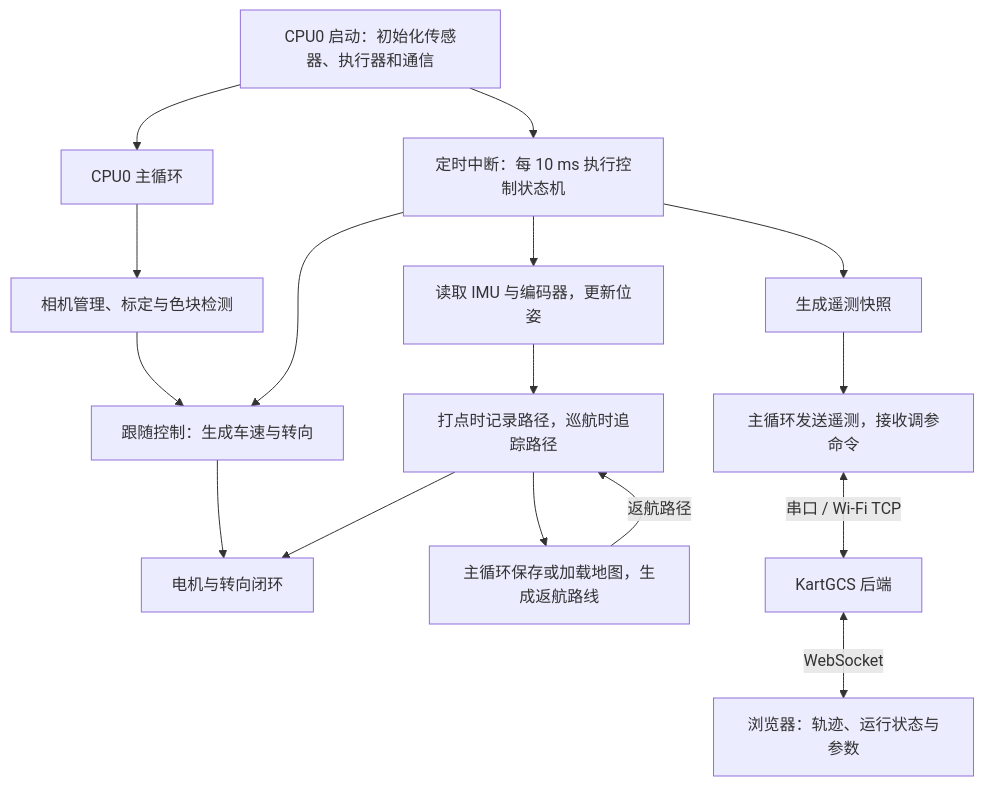
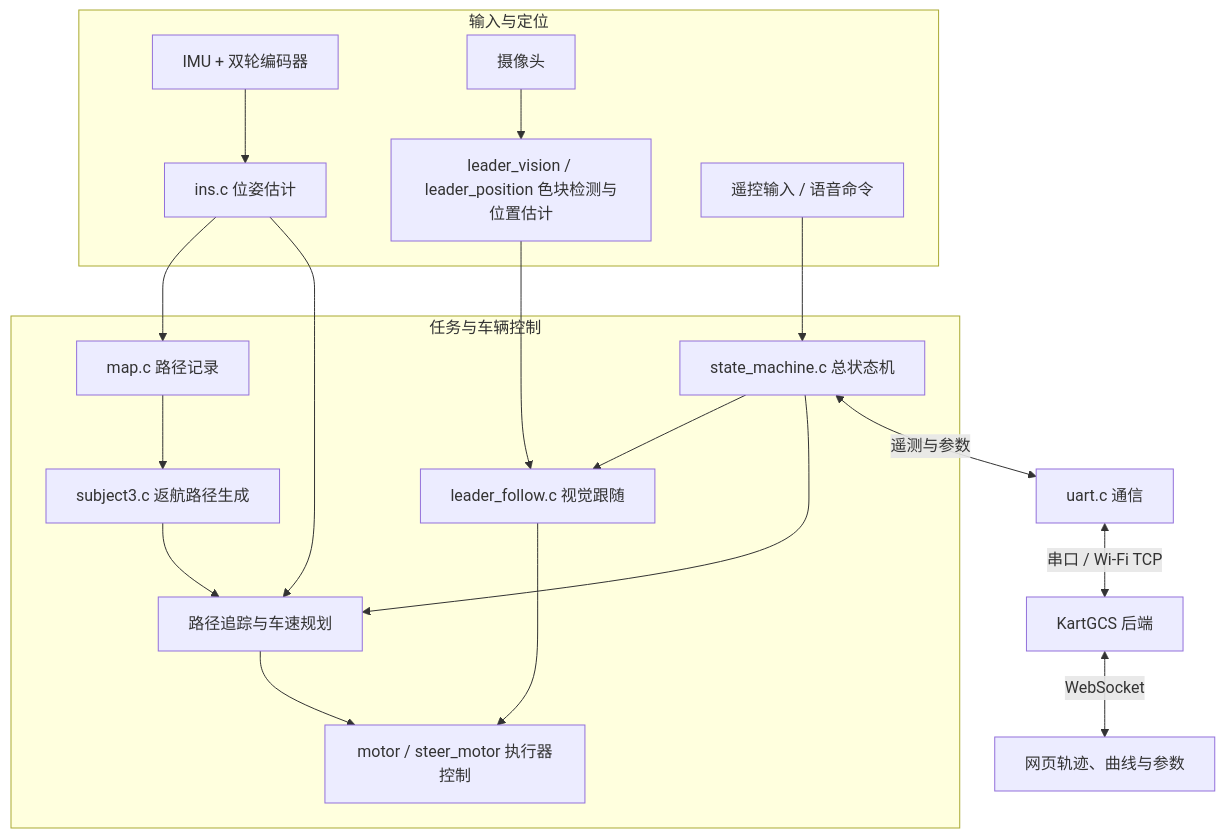
Before and after one commit to Tansir11/engineering-portfolio: the first of 2 diagrams in projects/01-kart-racing.md, drawn with Mermaid. The commit also changed other lines of this file and 14 other files, not shown here.

Commit message:
Present competition videos and national-round photos with clearer project architecture

````diff
--- a/projects/01-kart-racing.md
+++ b/projects/01-kart-racing.md
@@ -72,18 +41,29 @@
 ```mermaid
 flowchart TD
-  A["CPU0 启动：初始化传感器、执行器和通信"] --> B["定时中断：每 10 ms 执行控制状态机"]
-  A --> C["CPU0 主循环"]
-  C --> D["相机管理、标定与色块检测"]
-  D --> E["跟随控制：生成车速与转向"]
-  B --> E
-  B --> F["读取 IMU 与编码器，更新位姿"]
-  F --> G["打点时记录路径，巡航时追踪路径"]
-  E --> H["电机与转向闭环"]
-  G --> H
-  G --> I["主循环保存或加载地图，生成返航路线"]
-  I -->|"返航路径"| G
-  B --> J["生成遥测快照"]
-  J --> K["主循环发送遥测，接收调参命令"]
-  K <-->|"串口 / Wi-Fi TCP"| L["KartGCS 后端"]
-  L <-->|"WebSocket"| M["浏览器：轨迹、运行状态与参数"]
+    subgraph INPUT["输入与定位"]
+        I["IMU + 双轮编码器"] --> P["ins.c 位姿估计"]
+        CAM["摄像头"] --> V["leader_vision / leader_position 色块检测与位置估计"]
+        RC["遥控输入 / 语音命令"]
+    end
+    subgraph CONTROL["任务与车辆控制"]
+        SM["state_machine.c 总状态机"]
+        MAP["map.c 路径记录"]
+        FOLLOW["leader_follow.c 视觉跟随"]
+        RETURN["subject3.c 返航路径生成"]
+        TRACK["路径追踪与车速规划"]
+        EXEC["motor / steer_motor 执行器控制"]
+    end
+    P --> MAP
+    P --> TRACK
+    V --> FOLLOW
+    RC --> SM
+    SM --> FOLLOW
+    SM --> TRACK
+    MAP --> RETURN
+    RETURN --> TRACK
+    FOLLOW --> EXEC
+    TRACK --> EXEC
+    SM <-->|"遥测与参数"| UART["uart.c 通信"]
+    UART <-->|"串口 / Wi-Fi TCP"| GCS["KartGCS 后端"]
+    GCS <-->|"WebSocket"| WEB["网页轨迹、曲线与参数"]
 ```
````
